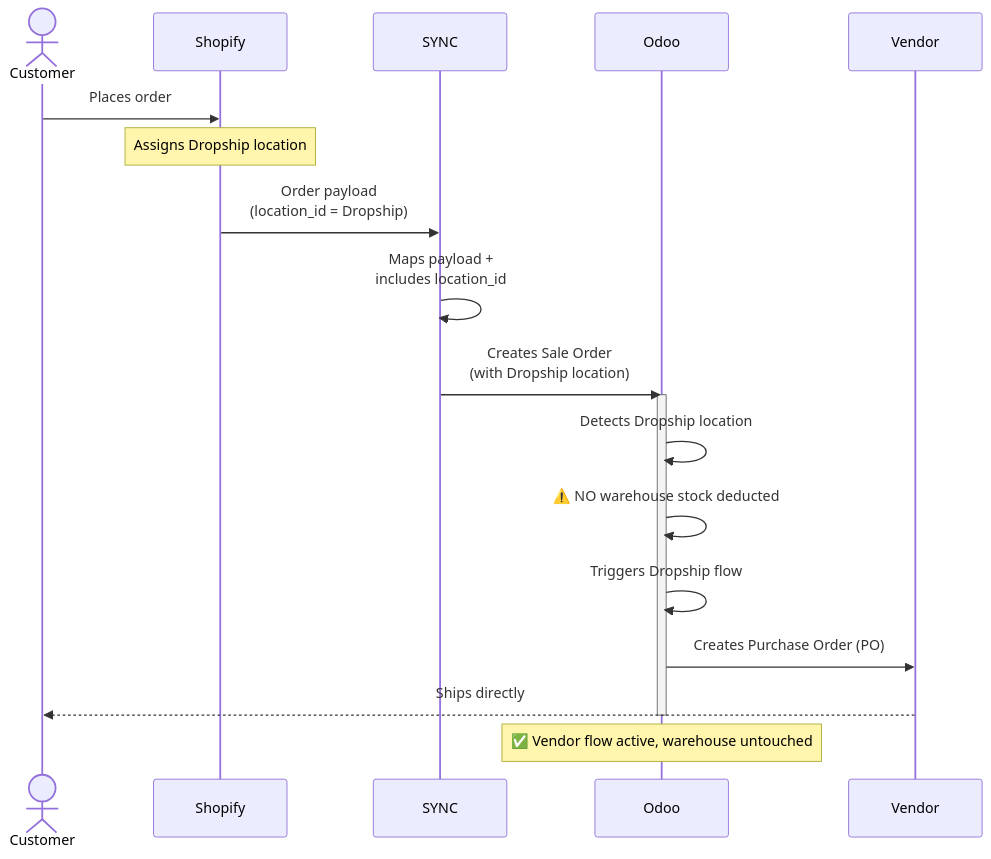
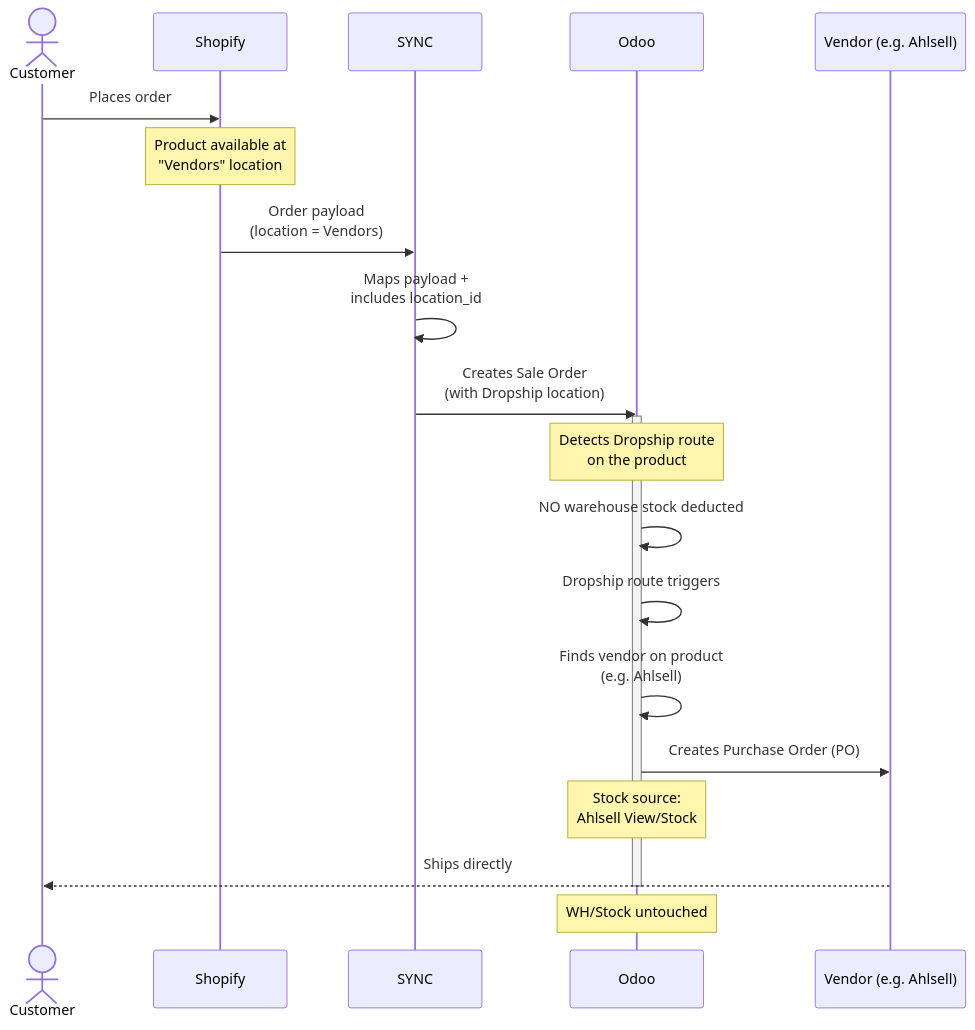
Before and after one commit to ozan-droid/documents: the sixth of 16 diagrams in shopify-sync-odoo-scenarios.md, drawn with Mermaid. The commit also changed other lines of this file, not shown here.

````diff
--- a/shopify-sync-odoo-scenarios.md
+++ b/shopify-sync-odoo-scenarios.md
@@ -149,25 +273,29 @@
 ```mermaid
 sequenceDiagram
     actor Customer
     participant Shopify
     participant SYNC
     participant Odoo
-    participant Vendor
+    participant Vendor as Vendor (e.g. Ahlsell)
 
     Customer->>Shopify: Places order
-    Note over Shopify: Assigns Dropship location
+    Note over Shopify: Product available at<br/>"Vendors" location
 
-    Shopify->>SYNC: Order payload<br/>(location_id = Dropship)
+    Shopify->>SYNC: Order payload<br/>(location = Vendors)
     SYNC->>SYNC: Maps payload +<br/>includes location_id
     SYNC->>Odoo: Creates Sale Order<br/>(with Dropship location)
 
     activate Odoo
-    Odoo->>Odoo: Detects Dropship location
-    Odoo->>Odoo: ⚠️ NO warehouse stock deducted
-    Odoo->>Odoo: Triggers Dropship flow
+    Note over Odoo: Detects Dropship route<br/>on the product
+
+    Odoo->>Odoo: NO warehouse stock deducted
+    Odoo->>Odoo: Dropship route triggers
+    Odoo->>Odoo: Finds vendor on product<br/>(e.g. Ahlsell)
     Odoo->>Vendor: Creates Purchase Order (PO)
+    Note over Odoo: Stock source:<br/>Ahlsell View/Stock
+
     Vendor-->>Customer: Ships directly
     deactivate Odoo
 
-    Note over Odoo: ✅ Vendor flow active, warehouse untouched
+    Note over Odoo: WH/Stock untouched
 ```
````
